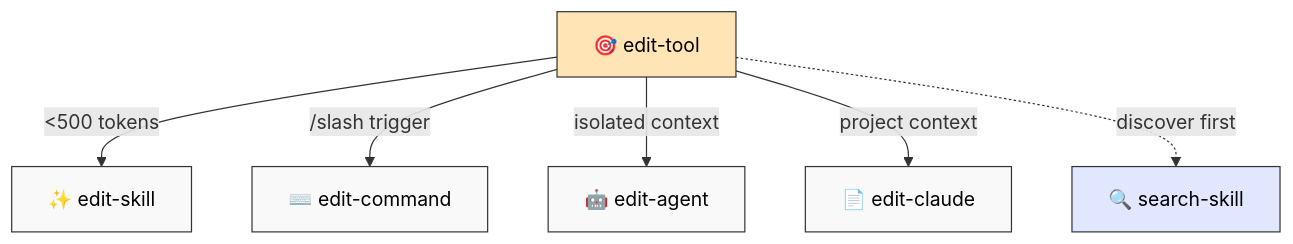
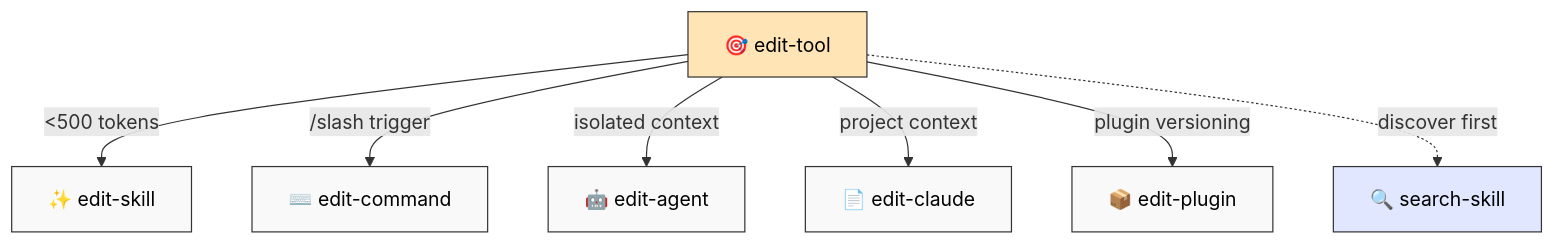
The second of 4 diagrams in README-full.md (digital-stoic-org/agent-skills), drawn with Mermaid before and after one commit. The commit also changed other lines of this file and 15 other files, not shown here.

Commit message:
feat(skills): Add edit-plugin v0.2.0 - plugin versioning and metadata sync

````diff
--- a/README-full.md
+++ b/README-full.md
@@ -99,15 +99,16 @@
 ```mermaid
 flowchart TD
     edit["🎯 edit-tool"]
     edit -->|"<500 tokens"| skill["✨ edit-skill"]
     edit -->|"/slash trigger"| command["⌨️ edit-command"]
     edit -->|"isolated context"| agent["🤖 edit-agent"]
     edit -->|"project context"| claude["📄 edit-claude"]
+    edit -->|"plugin versioning"| plugin["📦 edit-plugin"]
     edit -.->|"discover first"| search["🔍 search-skill"]
 
     classDef default fill:#f9f9f9,stroke:#333,color:#000
     classDef router fill:#FFE4B5,stroke:#333,color:#000
     classDef discover fill:#E0E7FF,stroke:#333,color:#000
     class edit router
     class search discover
 ```
````
